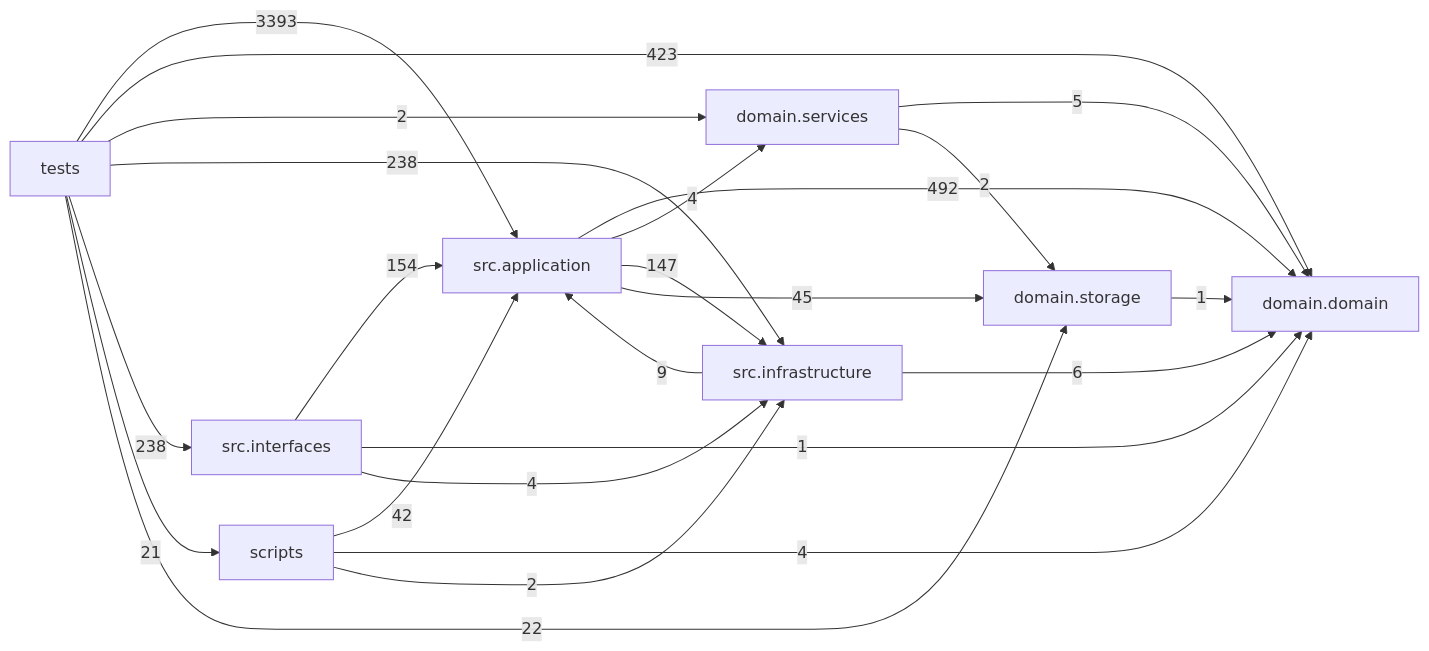
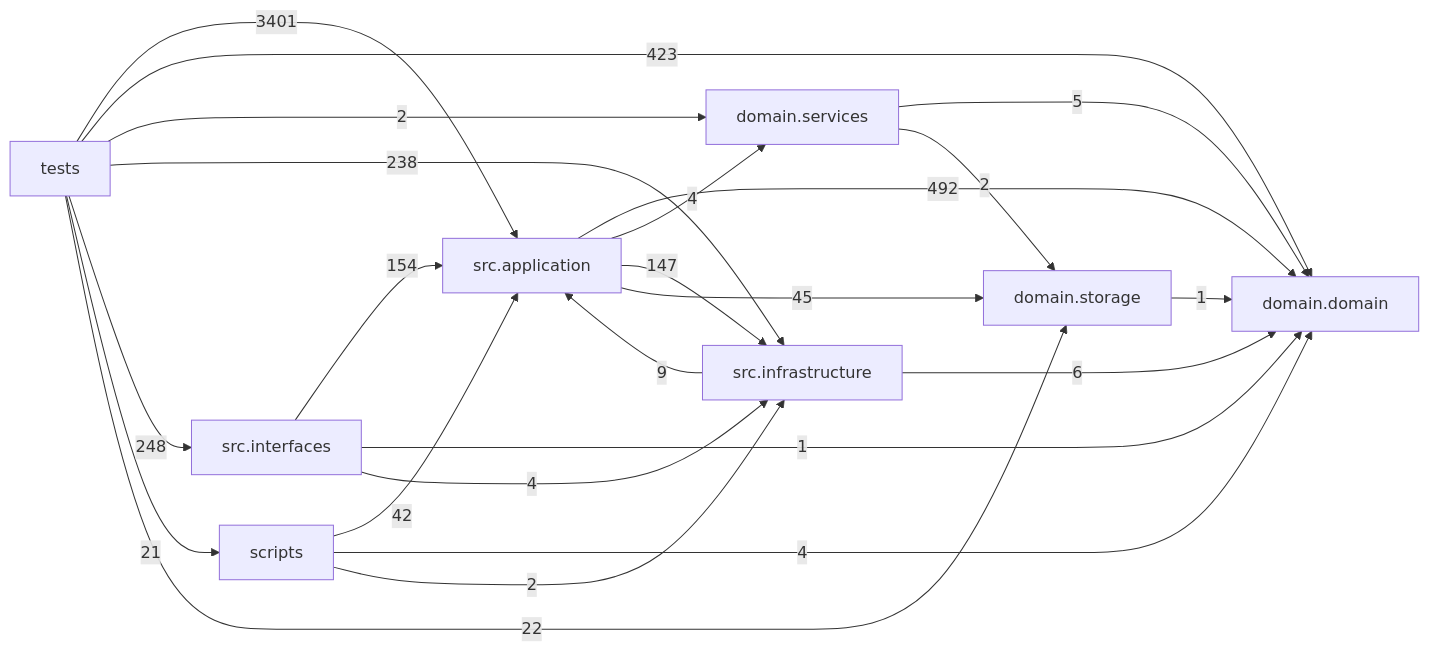
The diagram in docs/DEPENDENCY_GRAPH.md (liuxie066/options-monitor), drawn with Mermaid before and after one commit. The commit also changed other lines of this file and 5 other files, not shown here.

````diff
--- a/docs/DEPENDENCY_GRAPH.md
+++ b/docs/DEPENDENCY_GRAPH.md
@@ -24,33 +24,33 @@
 ```mermaid
 flowchart LR
   tests["tests"]
   scripts["scripts"]
   interfaces["src.interfaces"]
   application["src.application"]
   infrastructure["src.infrastructure"]
   domain_services["domain.services"]
   domain["domain.domain"]
   storage["domain.storage"]
   application -->|492| domain
   application -->|4| domain_services
   application -->|147| infrastructure
   application -->|45| storage
   domain_services -->|5| domain
   domain_services -->|2| storage
   infrastructure -->|9| application
   infrastructure -->|6| domain
   interfaces -->|154| application
   interfaces -->|1| domain
   interfaces -->|4| infrastructure
   scripts -->|42| application
   scripts -->|4| domain
   scripts -->|2| infrastructure
   storage -->|1| domain
-  tests -->|3393| application
+  tests -->|3401| application
   tests -->|423| domain
   tests -->|2| domain_services
   tests -->|238| infrastructure
-  tests -->|238| interfaces
+  tests -->|248| interfaces
   tests -->|21| scripts
   tests -->|22| storage
 ```
````
